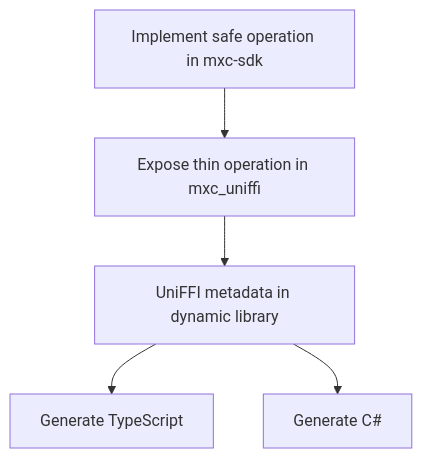
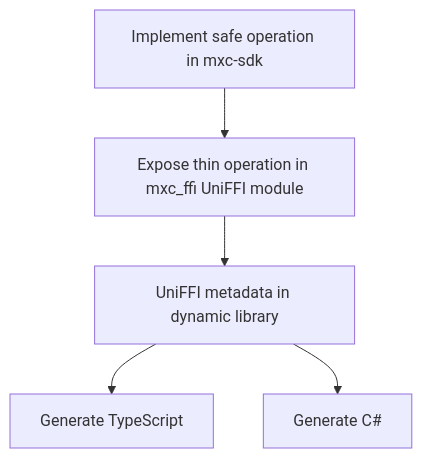
One commit to microsoft/mxc changed the second of 2 diagrams in docs/designs/SDK/README.md. Above: the diagram before and after it, drawn with Mermaid. The commit also changed other lines of this file and 3 other files, not shown here.

````diff
--- a/docs/designs/SDK/README.md
+++ b/docs/designs/SDK/README.md
@@ -47,8 +51,8 @@
 ```mermaid
 flowchart TD
     A[Implement safe operation in mxc-sdk]
-    A --> B[Expose thin operation in mxc_uniffi]
+    A --> B[Expose thin operation in mxc_ffi UniFFI module]
     B --> M[UniFFI metadata in dynamic library]
     M --> N[Generate TypeScript]
     M --> D[Generate C#]
 ```
````
